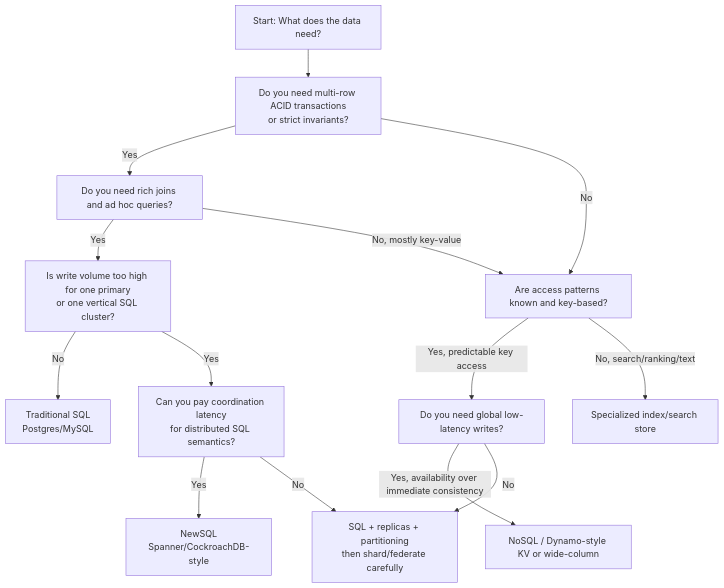
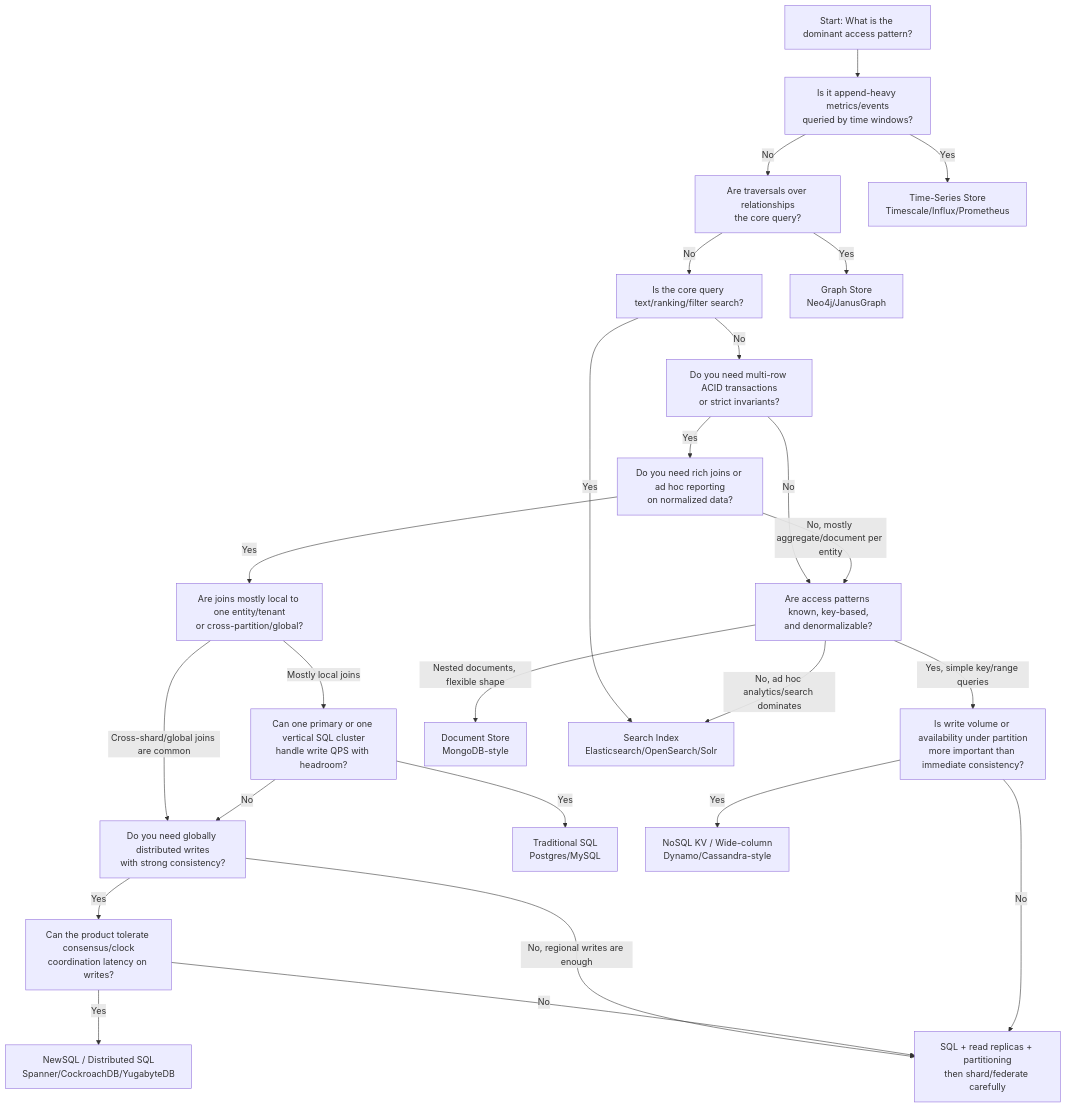
Before and after one commit to MachariaP/system-design-academy: the first of 6 diagrams in modules/02-database-scaling.md, drawn with Mermaid. The commit also changed other lines of this file, not shown here.

````diff
--- a/modules/02-database-scaling.md
+++ b/modules/02-database-scaling.md
@@ -28,29 +28,50 @@
 ```mermaid
 flowchart TD
-    Start["Start: What does the data need?"]
+    Start["Start: What is the dominant access pattern?"]
+    Metrics["Is it append-heavy metrics/events<br/>queried by time windows?"]
+    GraphQ["Are traversals over relationships<br/>the core query?"]
+    SearchQ["Is the core query text/ranking/filter search?"]
     Txn["Do you need multi-row ACID transactions<br/>or strict invariants?"]
-    Joins["Do you need rich joins and ad hoc queries?"]
-    WriteScale["Is write volume too high for one primary<br/>or one vertical SQL cluster?"]
-    Access["Are access patterns known and key-based?"]
-    Global["Do you need global low-latency writes?"]
-    NewSQLFit["Can you pay coordination latency<br/>for distributed SQL semantics?"]
+    Joins["Do you need rich joins or ad hoc reporting<br/>on normalized data?"]
+    JoinShape["Are joins mostly local to one entity/tenant<br/>or cross-partition/global?"]
+    WriteScale["Can one primary or one vertical SQL cluster<br/>handle write QPS with headroom?"]
+    GlobalWrites["Do you need globally distributed writes<br/>with strong consistency?"]
+    CoordinationOK["Can the product tolerate consensus/clock<br/>coordination latency on writes?"]
+    KnownAccess["Are access patterns known, key-based,<br/>and denormalizable?"]
+    WriteVolume["Is write volume or availability under partition<br/>more important than immediate consistency?"]
     SQL["Traditional SQL<br/>Postgres/MySQL"]
-    SQLScale["SQL + replicas + partitioning<br/>then shard/federate carefully"]
-    NoSQL["NoSQL / Dynamo-style KV or wide-column"]
-    NewSQL["NewSQL<br/>Spanner/CockroachDB-style"]
-    Search["Specialized index/search store"]
+    SQLPartitioned["SQL + read replicas + partitioning<br/>then shard/federate carefully"]
+    NewSQL["NewSQL / Distributed SQL<br/>Spanner/CockroachDB/YugabyteDB"]
+    KV["NoSQL KV / Wide-column<br/>Dynamo/Cassandra-style"]
+    Doc["Document Store<br/>MongoDB-style"]
+    Search["Search Index<br/>Elasticsearch/OpenSearch/Solr"]
+    TS["Time-Series Store<br/>Timescale/Influx/Prometheus"]
+    Graph["Graph Store<br/>Neo4j/JanusGraph"]
 
-    Start --> Txn
+    Start --> Metrics
+    Metrics -->|"Yes"| TS
+    Metrics -->|"No"| GraphQ
+    GraphQ -->|"Yes"| Graph
+    GraphQ -->|"No"| SearchQ
+    SearchQ -->|"Yes"| Search
+    SearchQ -->|"No"| Txn
+
     Txn -->|"Yes"| Joins
-    Txn -->|"No"| Access
-    Joins -->|"Yes"| WriteScale
-    Joins -->|"No, mostly key-value"| Access
-    WriteScale -->|"No"| SQL
-    WriteScale -->|"Yes"| NewSQLFit
-    NewSQLFit -->|"Yes"| NewSQL
-    NewSQLFit -->|"No"| SQLScale
-    Access -->|"Yes, predictable key access"| Global
-    Access -->|"No, search/ranking/text"| Search
-    Global -->|"Yes, availability over immediate consistency"| NoSQL
-    Global -->|"No"| SQLScale
+    Txn -->|"No"| KnownAccess
+    Joins -->|"Yes"| JoinShape
+    Joins -->|"No, mostly aggregate/document per entity"| KnownAccess
+    JoinShape -->|"Mostly local joins"| WriteScale
+    JoinShape -->|"Cross-shard/global joins are common"| GlobalWrites
+    WriteScale -->|"Yes"| SQL
+    WriteScale -->|"No"| GlobalWrites
+    GlobalWrites -->|"Yes"| CoordinationOK
+    GlobalWrites -->|"No, regional writes are enough"| SQLPartitioned
+    CoordinationOK -->|"Yes"| NewSQL
+    CoordinationOK -->|"No"| SQLPartitioned
+
+    KnownAccess -->|"Yes, simple key/range queries"| WriteVolume
+    KnownAccess -->|"Nested documents, flexible shape"| Doc
+    KnownAccess -->|"No, ad hoc analytics/search dominates"| Search
+    WriteVolume -->|"Yes"| KV
+    WriteVolume -->|"No"| SQLPartitioned
 ```
````
